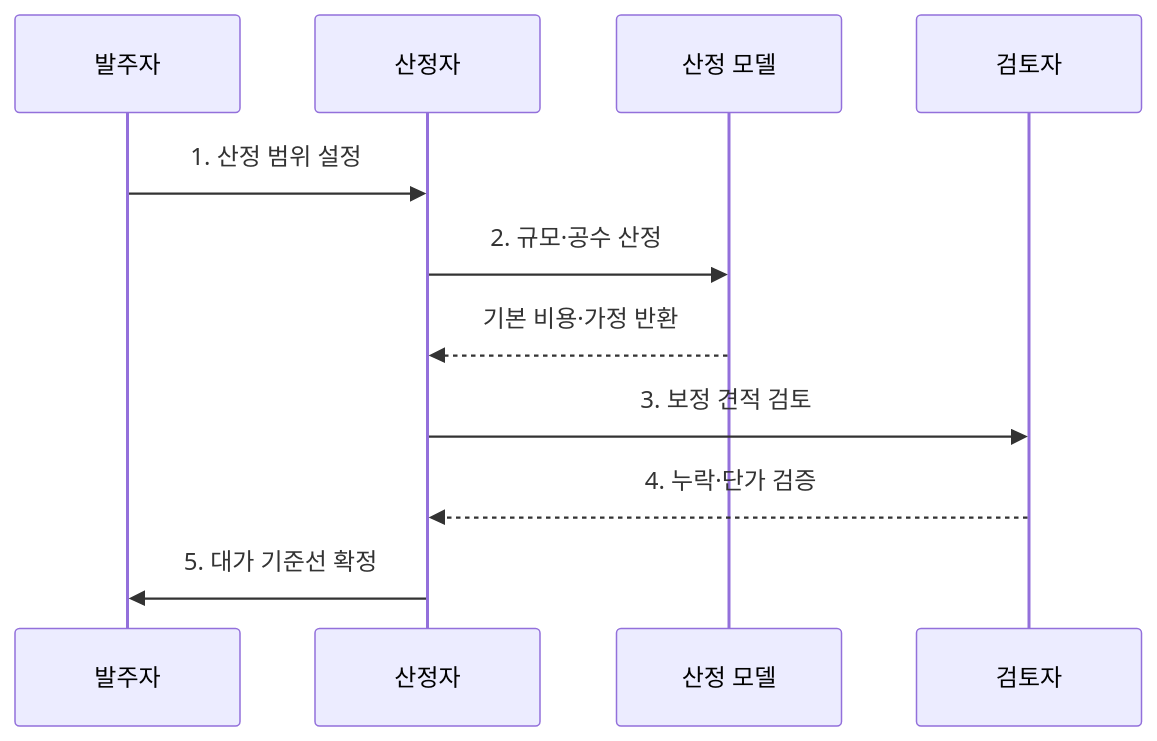
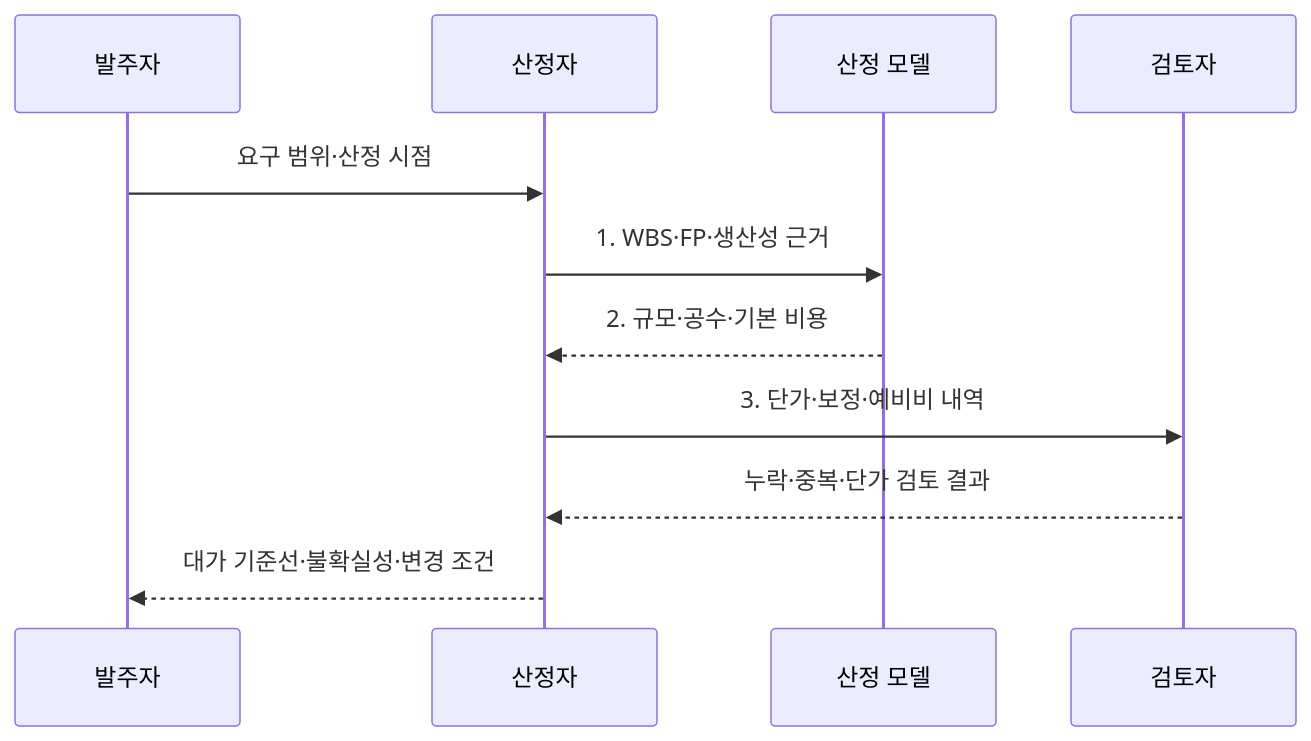
One commit to agnusdei1207/knowledge-base changed the second of 2 diagrams in src/content/docs/notes/03-software/075_software_cost_estimation.md. Above: the diagram before and after it, drawn with Mermaid. The commit also changed other lines of this file and 20 other files, not shown here.

````diff
--- a/src/content/docs/notes/03-software/075_software_cost_estimation.md
+++ b/src/content/docs/notes/03-software/075_software_cost_estimation.md
@@ -80,13 +87,13 @@
 ```mermaid
 sequenceDiagram
     participant B as 발주자
     participant E as 산정자
     participant M as 산정 모델
     participant R as 검토자
-    B->>E: 1. 산정 범위 설정
-    E->>M: 2. 규모·공수 산정
-    M-->>E: 기본 비용·가정 반환
-    E->>R: 3. 보정 견적 검토
-    R-->>E: 4. 누락·단가 검증
-    E->>B: 5. 대가 기준선 확정
+    B->>E: 요구 범위·산정 시점
+    E->>M: 1. WBS·FP·생산성 근거
+    M-->>E: 2. 규모·공수·기본 비용
+    E->>R: 3. 단가·보정·예비비 내역
+    R-->>E: 누락·중복·단가 검토 결과
+    E-->>B: 대가 기준선·불확실성·변경 조건
 ```
````
